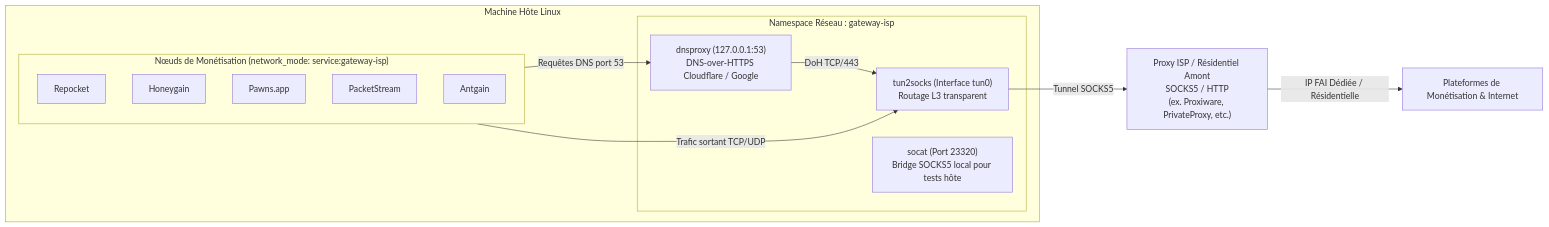
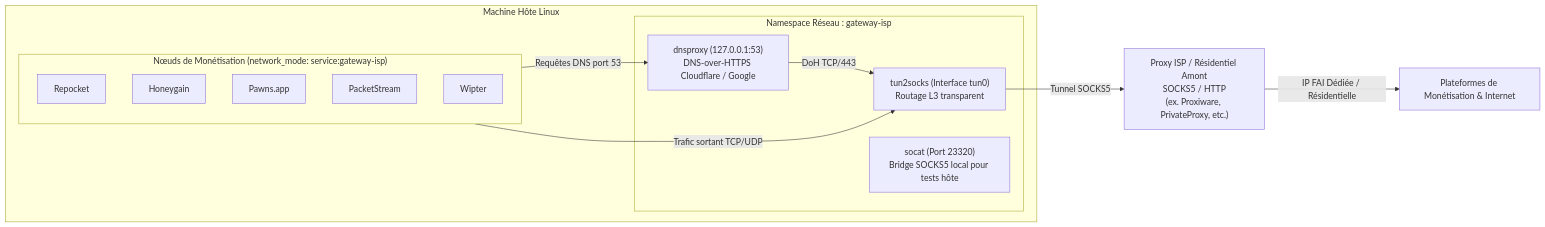
One commit to ki2pixel/proxy_docker changed the diagram in docs/Integration_Passerelle_ISP_Residential.md. Above: the diagram before and after it, drawn with Mermaid. The commit also changed other lines of this file and 22 other files, not shown here.

Commit message:
feat(wipter): remplacer le monétiseur Antgain par Wipter et ajouter des hostnames desktop

````diff
--- a/docs/Integration_Passerelle_ISP_Residential.md
+++ b/docs/Integration_Passerelle_ISP_Residential.md
@@ -11,27 +11,27 @@
 ```mermaid
 graph LR
     subgraph DockerHost ["Machine Hôte Linux"]
         subgraph ISPNamespace ["Namespace Réseau : gateway-isp"]
             TUN["tun2socks (Interface tun0)<br>Routage L3 transparent"]
             DNS["dnsproxy (127.0.0.1:53)<br>DNS-over-HTTPS Cloudflare / Google"]
             SOCAT["socat (Port 23320)<br>Bridge SOCKS5 local pour tests hôte"]
         end
 
         subgraph MonetizationNodes ["Nœuds de Monétisation (network_mode: service:gateway-isp)"]
             RP["Repocket"]
             HG["Honeygain"]
             PA["Pawns.app"]
             PS["PacketStream"]
-            PR["Antgain"]
+            PR["Wipter"]
         end
     end
 
     PROXY["Proxy ISP / Résidentiel Amont<br>SOCKS5 / HTTP<br>(ex. Proxiware, PrivateProxy, etc.)"]
     INTERNET["Plateformes de Monétisation & Internet"]
 
     MonetizationNodes -->|Trafic sortant TCP/UDP| TUN
     MonetizationNodes -->|Requêtes DNS port 53| DNS
     DNS -->|DoH TCP/443| TUN
     TUN -->|Tunnel SOCKS5| PROXY
     PROXY -->|IP FAI Dédiée / Résidentielle| INTERNET
 ```
````
